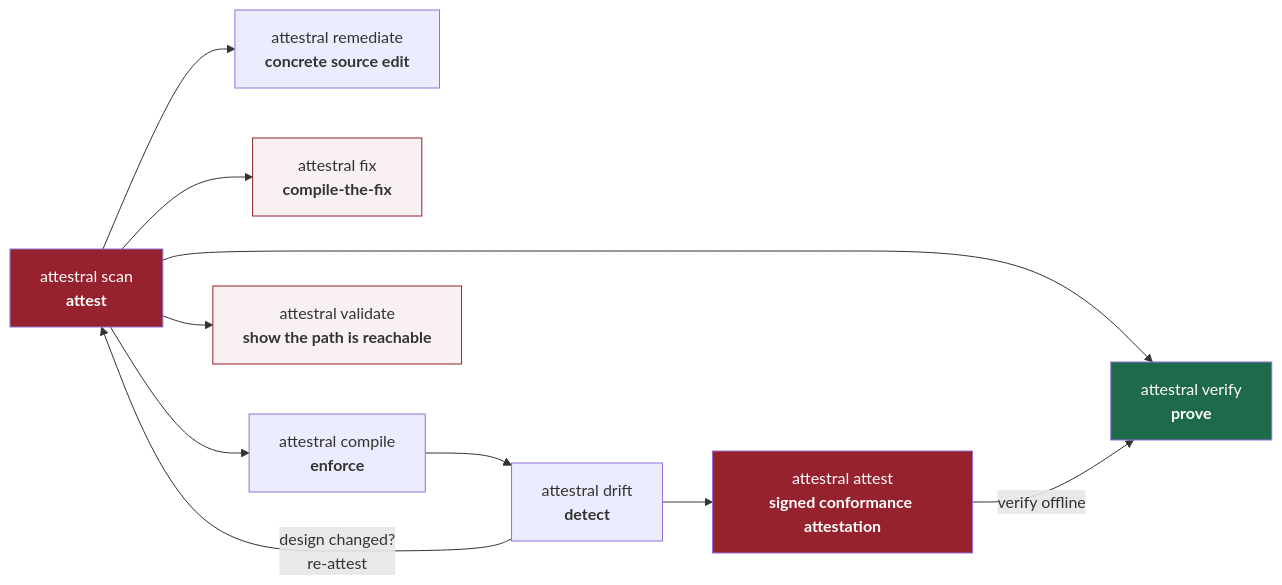
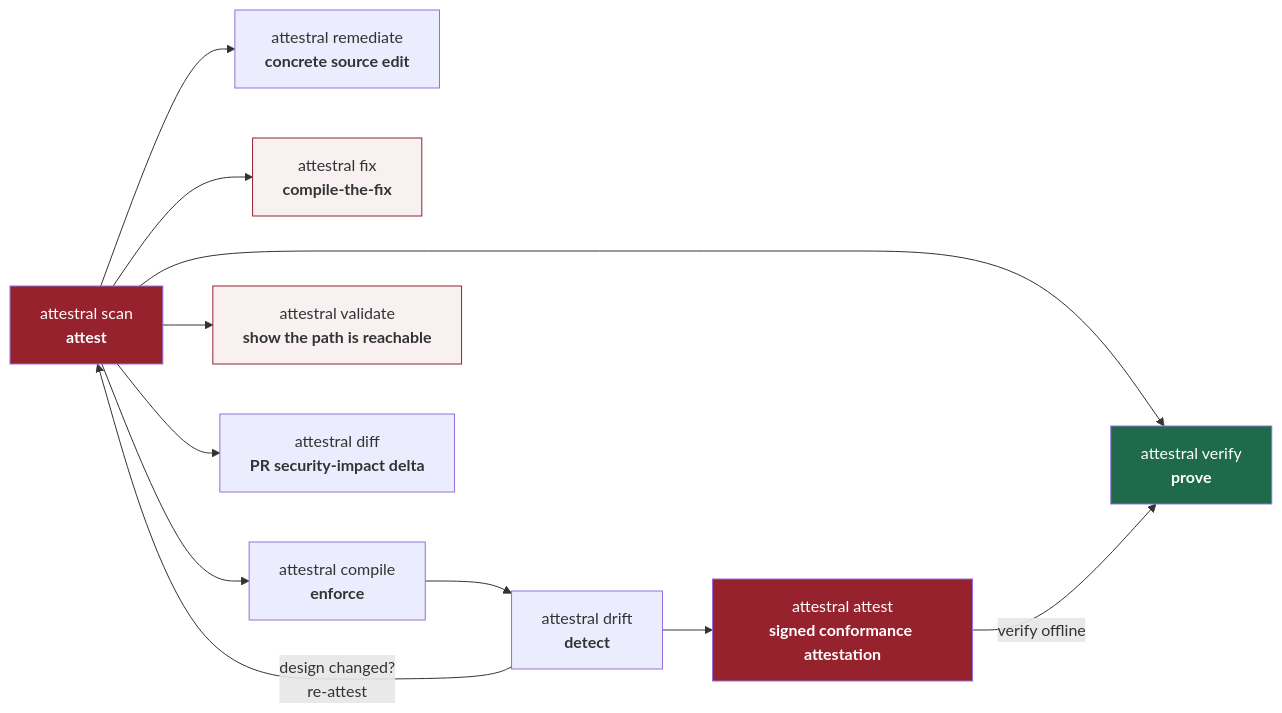
One commit to attestral-labs/attestral changed the second of 4 diagrams in README.md. Above: the diagram before and after it, drawn with Mermaid. The commit also changed other lines of this file and 10 other files, not shown here.

````diff
--- a/README.md
+++ b/README.md
@@ -267,17 +267,18 @@
 ```mermaid
 flowchart LR
     A["attestral scan<br/><b>attest</b>"] --> B["attestral verify<br/><b>prove</b>"]
     A --> R["attestral remediate<br/><b>concrete source edit</b>"]
     A --> F["attestral fix<br/><b>compile-the-fix</b>"]
     A --> C["attestral compile<br/><b>enforce</b>"]
     C --> D["attestral drift<br/><b>detect</b>"]
     D --> AT["attestral attest<br/><b>signed conformance attestation</b>"]
     AT -->|"verify offline"| B
     D -->|"design changed?<br/>re-attest"| A
     A --> V["attestral validate<br/><b>show the path is reachable</b>"]
+    A --> DF["attestral diff<br/><b>PR security-impact delta</b>"]
     style A fill:#96222E,color:#fff
     style B fill:#1F6A4A,color:#fff
     style F fill:#96222E11,stroke:#96222E
     style V fill:#96222E11,stroke:#96222E
     style AT fill:#96222E,color:#fff
 ```
````
